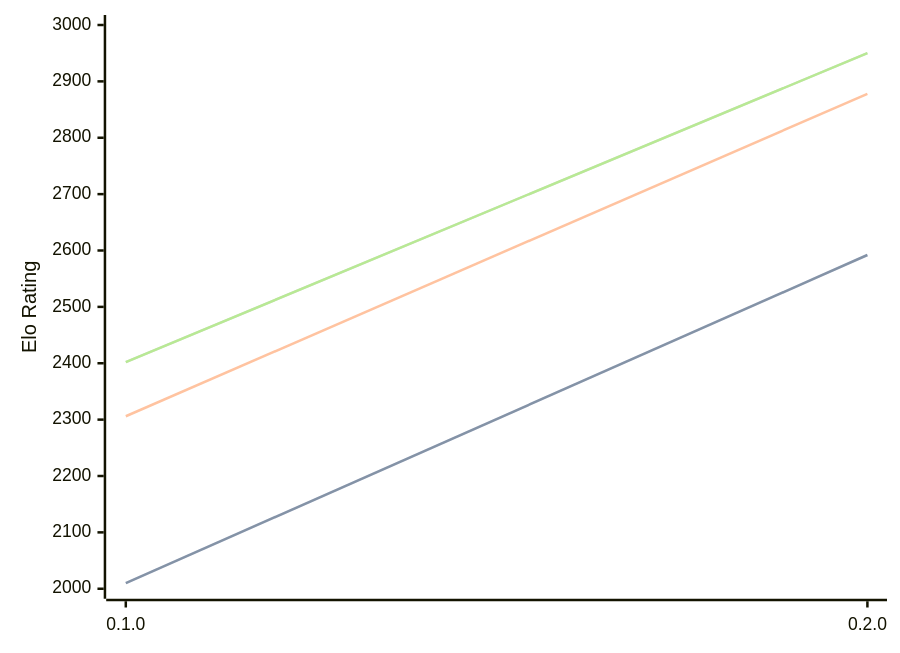
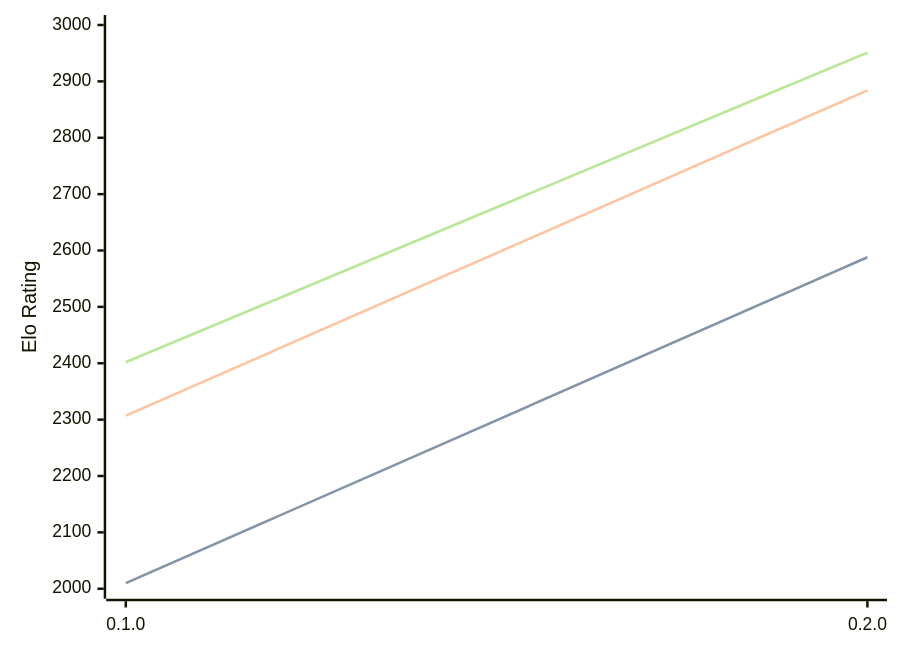
One commit to computer-chess-index/cci changed the first of 3 diagrams in engines/Justbot.md. Above: the diagram before and after it, drawn with Mermaid. The commit also changed other lines of this file, not shown here.

Commit message:
Update CCI Ratings (ELO VLTC) - 2026-07-08

````diff
--- a/engines/Justbot.md
+++ b/engines/Justbot.md
@@ -32,11 +32,11 @@
 ```mermaid
 %%{init: {"theme":"base","themeVariables":{"seriesColors:['#a3a3a3','#222221','#faa371']}}}%%
 xychart-beta
   x-axis ["0.1.0", "0.2.0"]
   y-axis "Elo Rating" 2000 --> 3000
-  line "STC (8.0+0.08s)" [2010, 2592]
-  line "STC (8.0+0.08s)" [2010, 2592]
-  line "LTC (60.0+0.60s)" [2306, 2878]
-  line "VLTC (2m24s+1.12s)" [2402, 2950]
-  line "VLTC (2m24s+1.12s)" [2402, 2950]
+  line "STC (8.0+0.08s)" [2010, 2588]
+  line "STC (8.0+0.08s)" [2010, 2588]
+  line "LTC (60.0+0.60s)" [2307, 2884]
+  line "VLTC (2m24s+1.12s)" [2402, 2951]
+  line "VLTC (2m24s+1.12s)" [2402, 2951]
 ```
````
